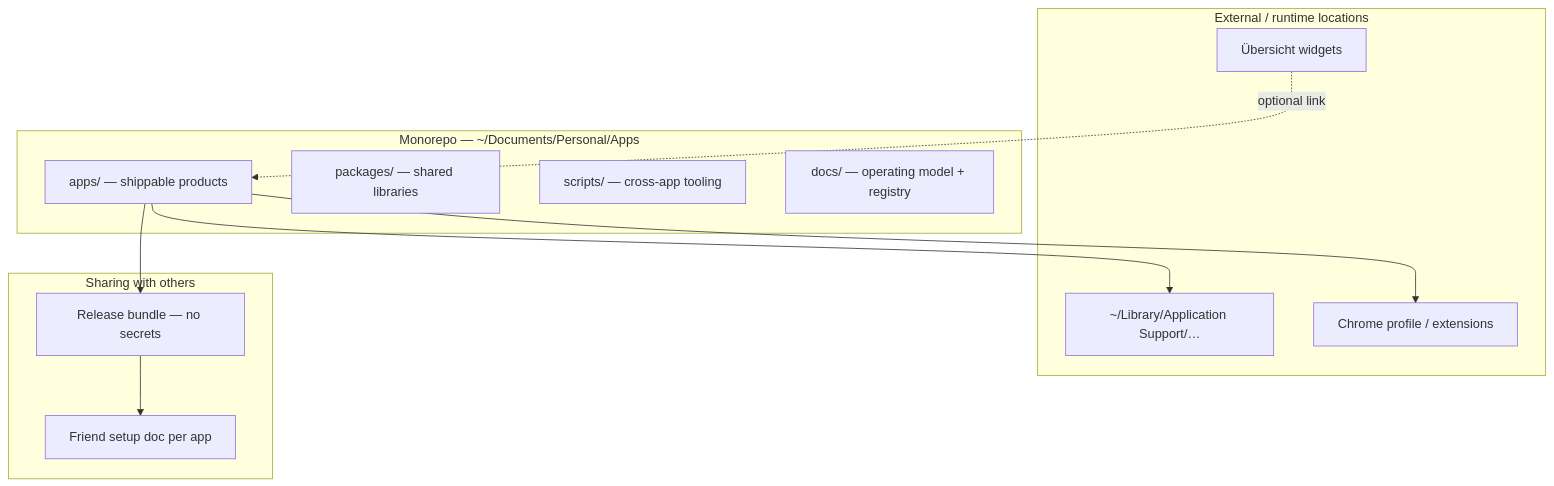
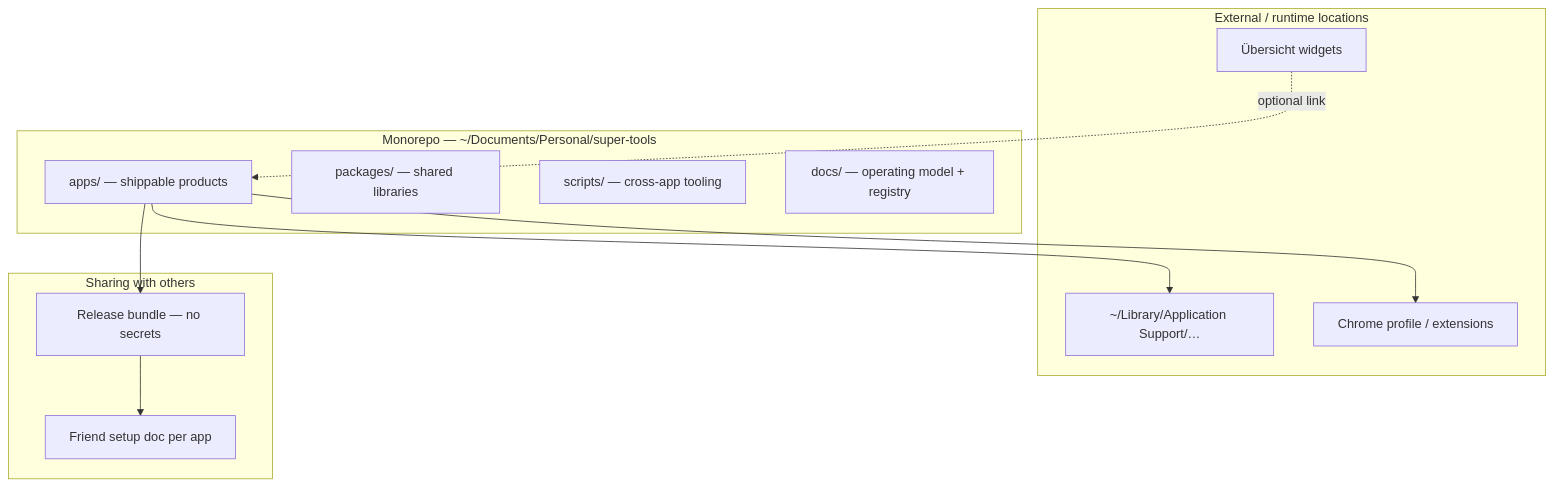
Before and after one commit to ZahidRasheed/supertools: the diagram in docs/OPERATING_MODEL.md, drawn with Mermaid. The commit also changed other lines of this file and 34 other files, not shown here.

````diff
--- a/docs/OPERATING_MODEL.md
+++ b/docs/OPERATING_MODEL.md
@@ -9,26 +9,26 @@
 ```mermaid
 flowchart TB
-  subgraph monorepo ["Monorepo — ~/Documents/Personal/Apps"]
+  subgraph monorepo ["Monorepo — ~/Documents/Personal/super-tools"]
     APPS[apps/ — shippable products]
     PKG[packages/ — shared libraries]
     SCR[scripts/ — cross-app tooling]
     DOC[docs/ — operating model + registry]
   end
 
   subgraph external ["External / runtime locations"]
     UBER["Übersicht widgets"]
     APPDATA["~/Library/Application Support/…"]
     CHROME[Chrome profile / extensions]
   end
 
   subgraph share ["Sharing with others"]
     REL[Release bundle — no secrets]
     SETUP[Friend setup doc per app]
   end
 
   APPS --> APPDATA
   APPS --> CHROME
   UBER -. optional link .-> APPS
   APPS --> REL
   REL --> SETUP
 ```
````
